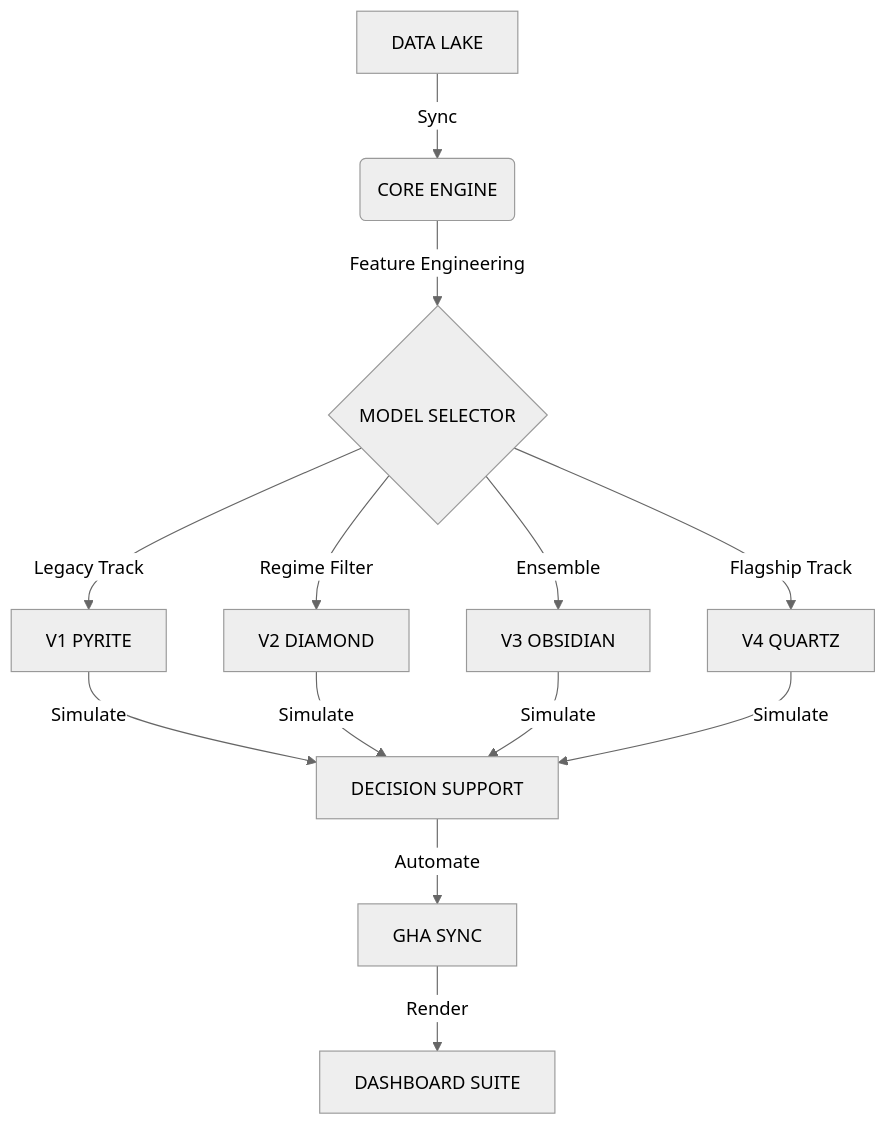
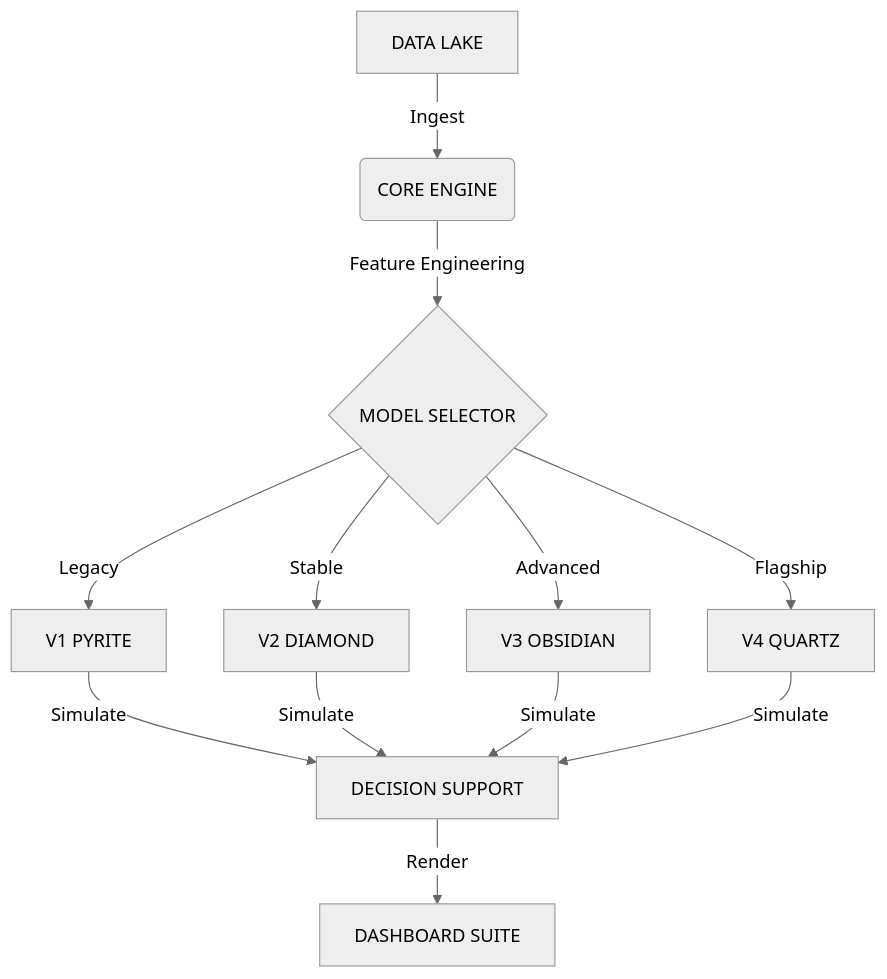
Before and after one commit to Ducky705/Quarry-Intelligence: the diagram in README.md, drawn with Mermaid (neutral theme). The commit also changed other lines of this file and 34 other files, not shown here.

Commit message:
🚀 UNIFIED PIPELINE DEPLOY: Consolidated daily updates, V4 Quartz integration, and automated dashboard hydration.

````diff
--- a/README.md
+++ b/README.md
@@ -62,12 +53,11 @@
 ```mermaid
 graph TD
-    A[DATA LAKE] -->|Sync| B(CORE ENGINE)
+    A[DATA LAKE] -->|Ingest| B(CORE ENGINE)
     B -->|Feature Engineering| C{MODEL SELECTOR}
-    C -->|Legacy Track| D[V1 PYRITE]
-    C -->|Regime Filter| E[V2 DIAMOND]
-    C -->|Ensemble| F[V3 OBSIDIAN]
-    C -->|Flagship Track| Z[V4 QUARTZ]
-    D & E & F & Z -->|Simulate| G[DECISION SUPPORT]
-    G -->|Automate| AA[GHA SYNC]
-    AA -->|Render| H[DASHBOARD SUITE]
+    C -->|Legacy| D[V1 PYRITE]
+    C -->|Stable| E[V2 DIAMOND]
+    C -->|Advanced| F[V3 OBSIDIAN]
+    C -->|Flagship| G[V4 QUARTZ]
+    D & E & F & G -->|Simulate| H[DECISION SUPPORT]
+    H -->|Render| I[DASHBOARD SUITE]
 ```
````
